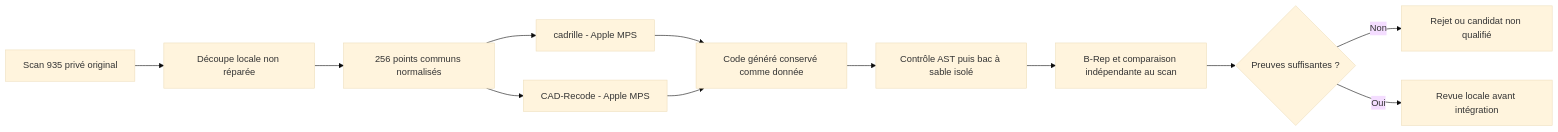
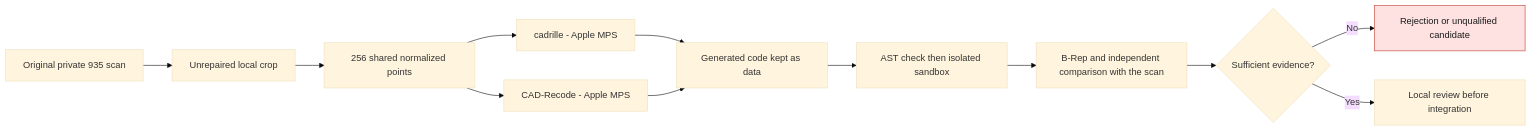
The diagram in docs/reports/M64_CAD_SPECIALISTS_20260912.md (cluster2600/porscheparts), drawn with Mermaid (base theme) before and after one commit. The commit also changed other lines of this file and 228 other files, not shown here.

````diff
--- a/docs/reports/M64_CAD_SPECIALISTS_20260912.md
+++ b/docs/reports/M64_CAD_SPECIALISTS_20260912.md
@@ -12,14 +12,16 @@
 ```mermaid
 flowchart LR
-    A[Scan 935 privé original] --> B[Découpe locale non réparée]
-    B --> C[256 points communs normalisés]
-    C --> D[cadrille - Apple MPS]
-    C --> E[CAD-Recode - Apple MPS]
-    D --> F[Code généré conservé comme donnée]
+    A["Original private 935 scan"] --> B["Unrepaired local crop"]
+    B --> C["256 shared normalized points"]
+    C --> D["cadrille - Apple MPS"]
+    C --> E["CAD-Recode - Apple MPS"]
+    D --> F["Generated code kept as data"]
     E --> F
-    F --> G[Contrôle AST puis bac à sable isolé]
-    G --> H[B-Rep et comparaison indépendante au scan]
-    H --> I{Preuves suffisantes ?}
-    I -->|Non| J[Rejet ou candidat non qualifié]
-    I -->|Oui| K[Revue locale avant intégration]
+    F --> G["AST check then isolated sandbox"]
+    G --> H["B-Rep and independent comparison with the scan"]
+    H --> I{"Sufficient evidence?"}
+    I -->|No| J["Rejection or unqualified candidate"]
+    I -->|Yes| K["Local review before integration"]
+    classDef stop fill:#fde2e1,stroke:#c0392b,color:#1a1a1a;
+    class J stop
 ```
````
